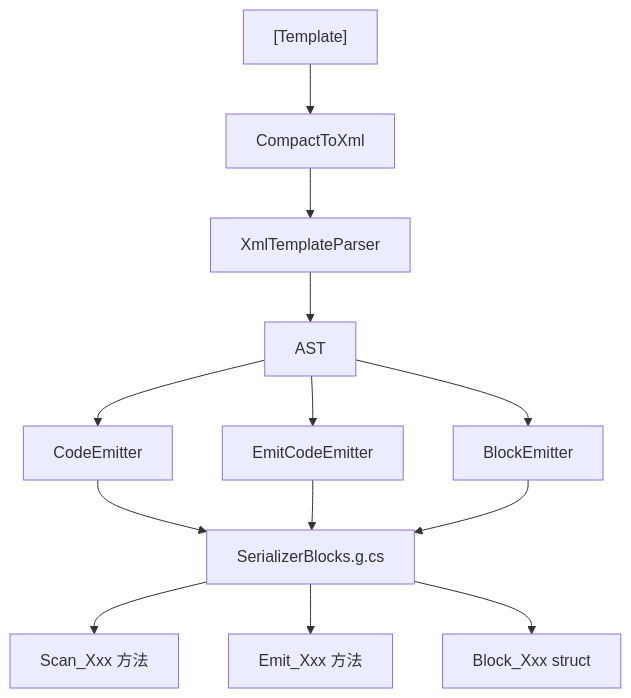
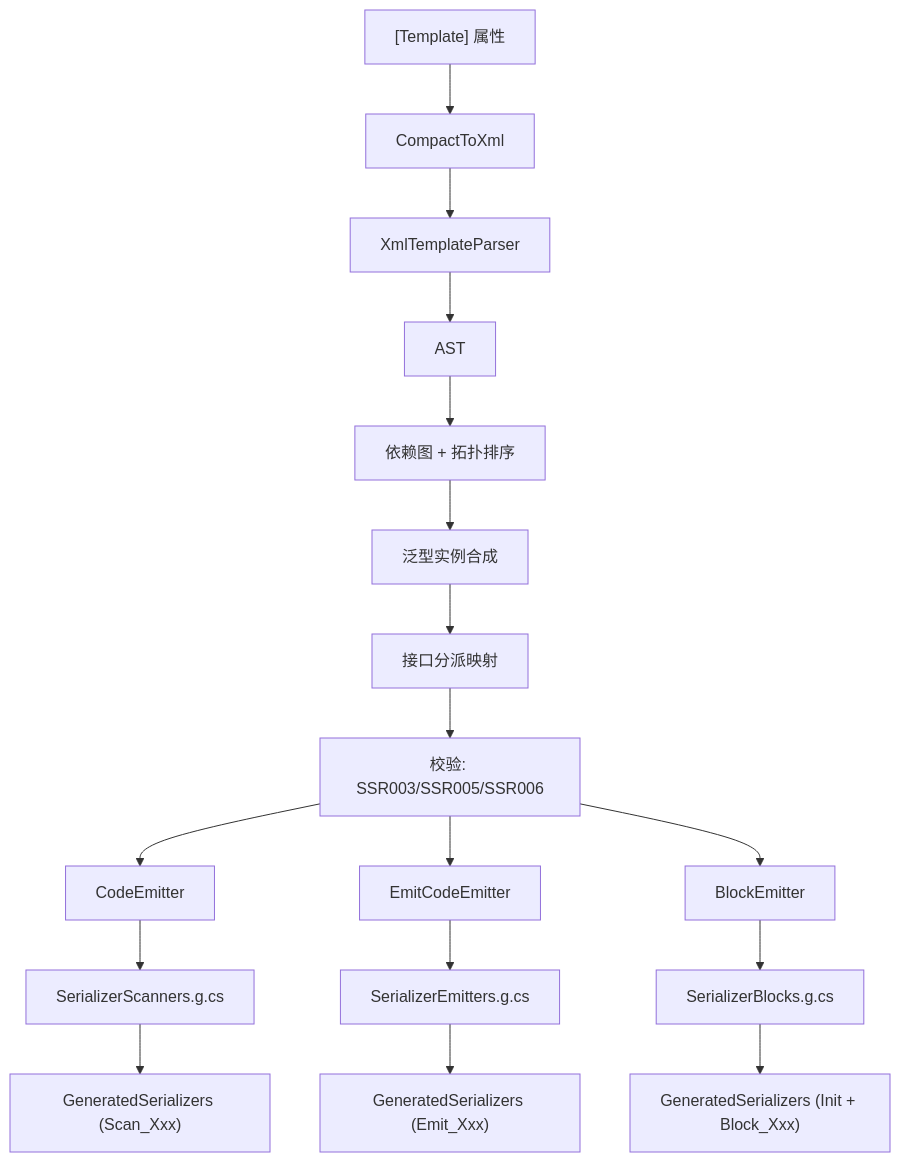
One commit to twds0x13/SourceSerializer changed the diagram in docs/technical/pipeline/overview.md. Above: the diagram before and after it, drawn with Mermaid. The commit also changed other lines of this file and 10 other files, not shown here.

````diff
--- a/docs/technical/pipeline/overview.md
+++ b/docs/technical/pipeline/overview.md
@@ -7,15 +7,19 @@
 ```mermaid
 flowchart TD
-    A["[Template]"] --> B[CompactToXml]
+    A["[Template] 属性"] --> B[CompactToXml]
     B --> C[XmlTemplateParser]
     C --> D[AST]
-    D --> E[CodeEmitter]
-    D --> F[EmitCodeEmitter]
-    D --> G[BlockEmitter]
-    E --> H[SerializerBlocks.g.cs]
-    F --> H
-    G --> H
-    H --> I[Scan_Xxx 方法]
-    H --> J[Emit_Xxx 方法]
-    H --> K[Block_Xxx struct]
+    D --> E[依赖图 + 拓扑排序]
+    E --> F[泛型实例合成]
+    F --> G[接口分派映射]
+    G --> H[校验: SSR003/SSR005/SSR006]
+    H --> I[CodeEmitter]
+    H --> J[EmitCodeEmitter]
+    H --> K[BlockEmitter]
+    I --> L[SerializerScanners.g.cs]
+    J --> M[SerializerEmitters.g.cs]
+    K --> N[SerializerBlocks.g.cs]
+    L --> O["GeneratedSerializers (Scan_Xxx)"]
+    M --> P["GeneratedSerializers (Emit_Xxx)"]
+    N --> Q["GeneratedSerializers (Init + Block_Xxx)"]
 ```
````
